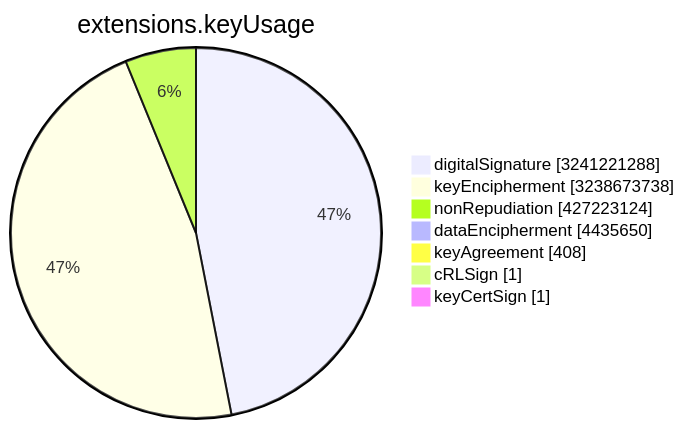
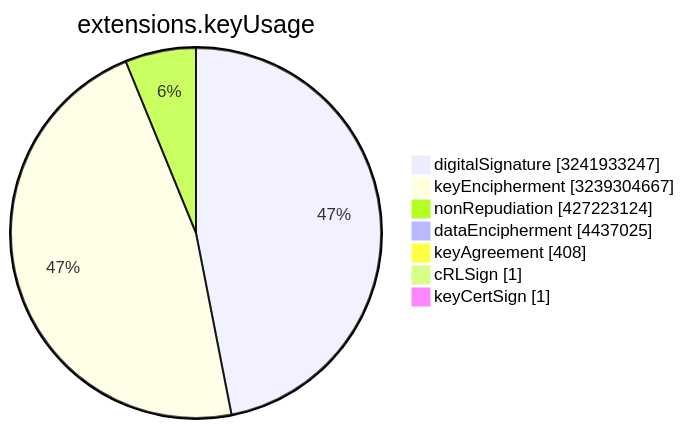
One commit to christiankrug/ctmonitor_visualization changed the sixth of 15 diagrams in TOTAL/README.md. Above: the diagram before and after it, drawn with Mermaid. The commit also changed other lines of this file, not shown here.

````diff
--- a/TOTAL/README.md
+++ b/TOTAL/README.md
@@ -3077,11 +3077,11 @@
 ```mermaid
 pie showData
 title extensions.keyUsage
-"digitalSignature" :3241221288
-"keyEncipherment" :3238673738
+"digitalSignature" :3241933247
+"keyEncipherment" :3239304667
 "nonRepudiation" :427223124
-"dataEncipherment" :4435650
+"dataEncipherment" :4437025
 "keyAgreement" :408
 "cRLSign" :1
 "keyCertSign" :1
 ```
````
